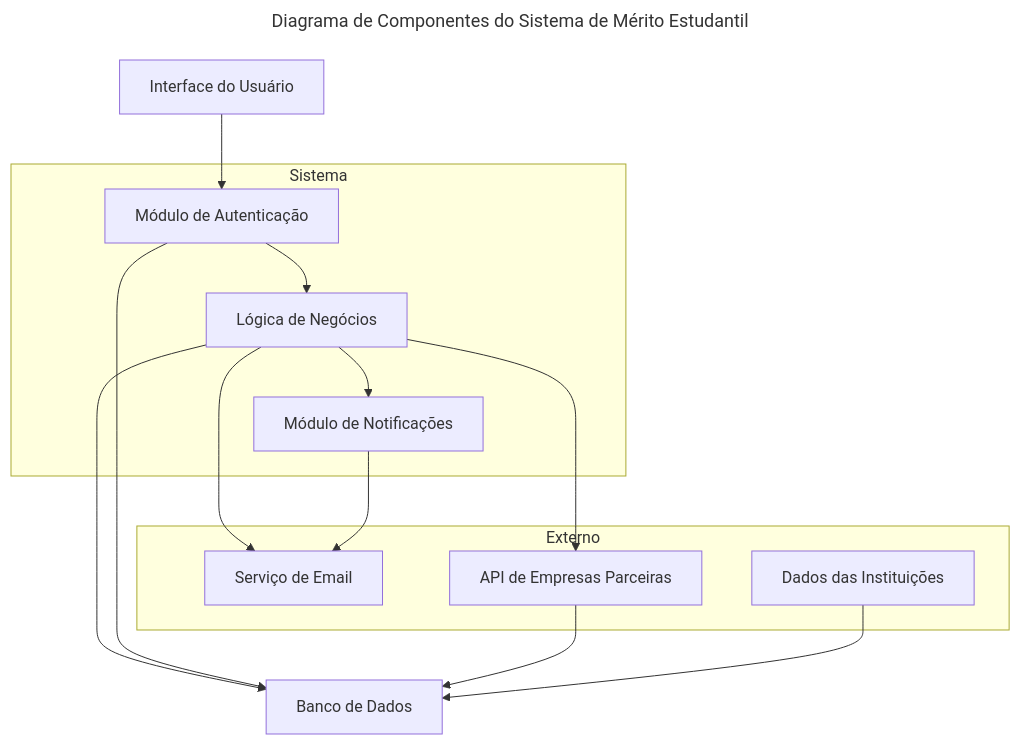
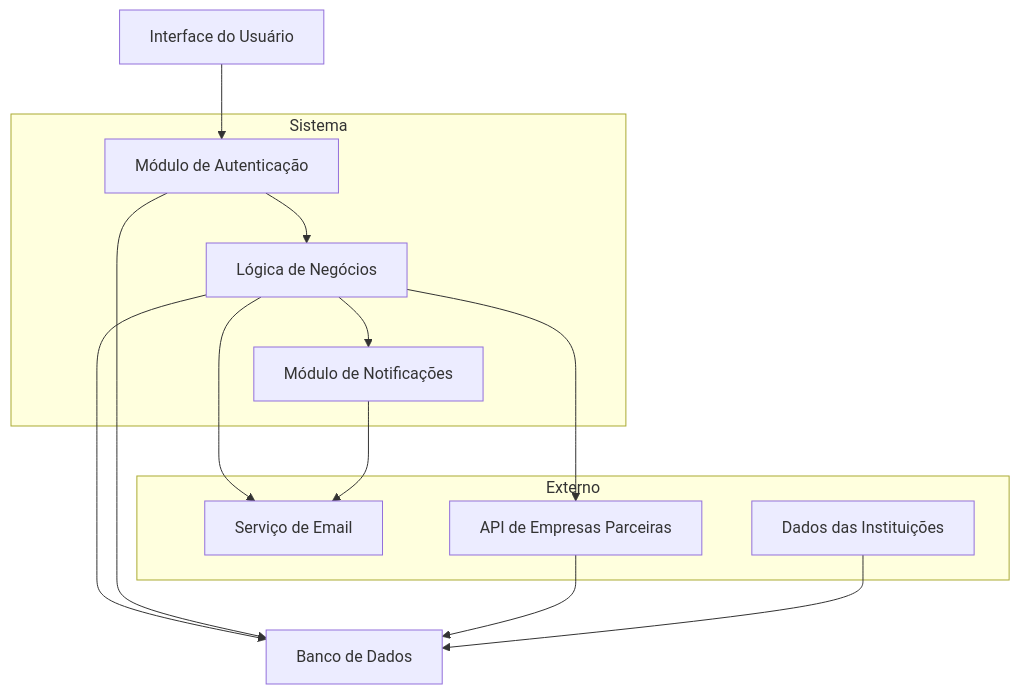
The diagram in docs/diagrama_componentes.md (LuisBrescia/sistema-moeda-estudantil), drawn with Mermaid before and after one commit. The commit also changed 4 other files, not shown here.

Commit message:
docs: adicionado imagem de diagrama_caso_de_uso

````diff
--- a/docs/diagrama_componentes.md
+++ b/docs/diagrama_componentes.md
@@ -3,40 +3,37 @@
 ```mermaid
----
-title: Diagrama de Componentes do Sistema de Mérito Estudantil
----
 flowchart TD
     %% Definição dos componentes
     UI["Interface do Usuário"]
     Auth["Módulo de Autenticação"]
     BusinessLogic["Lógica de Negócios"]
     Database["Banco de Dados"]
     EmailService["Serviço de Email"]
     Notification["Módulo de Notificações"]
     PartnerAPI["API de Empresas Parceiras"]
     InstitutionData["Dados das Instituições"]
 
     %% Interações
     UI --> Auth
     Auth --> BusinessLogic
     BusinessLogic --> Database
     BusinessLogic --> EmailService
     BusinessLogic --> PartnerAPI
     BusinessLogic --> Notification
     Notification --> EmailService
     Auth --> Database
     PartnerAPI --> Database
     InstitutionData --> Database
 
     %% Agrupamento de componentes
     subgraph Sistema
         Auth
         BusinessLogic
         Notification
     end
 
     subgraph Externo
         EmailService
         PartnerAPI
         InstitutionData
     end
 ```
````
